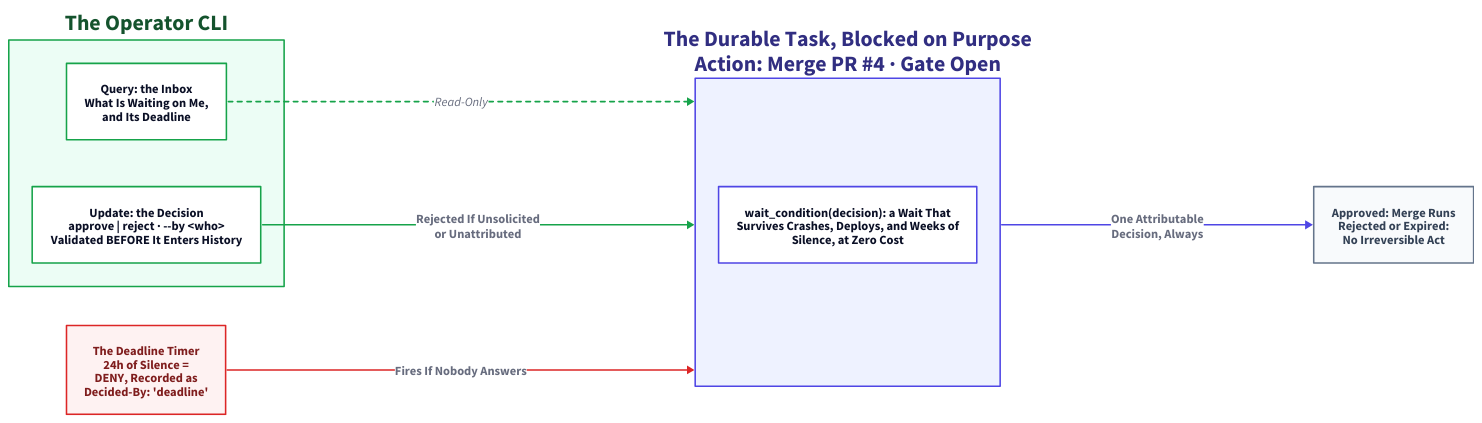
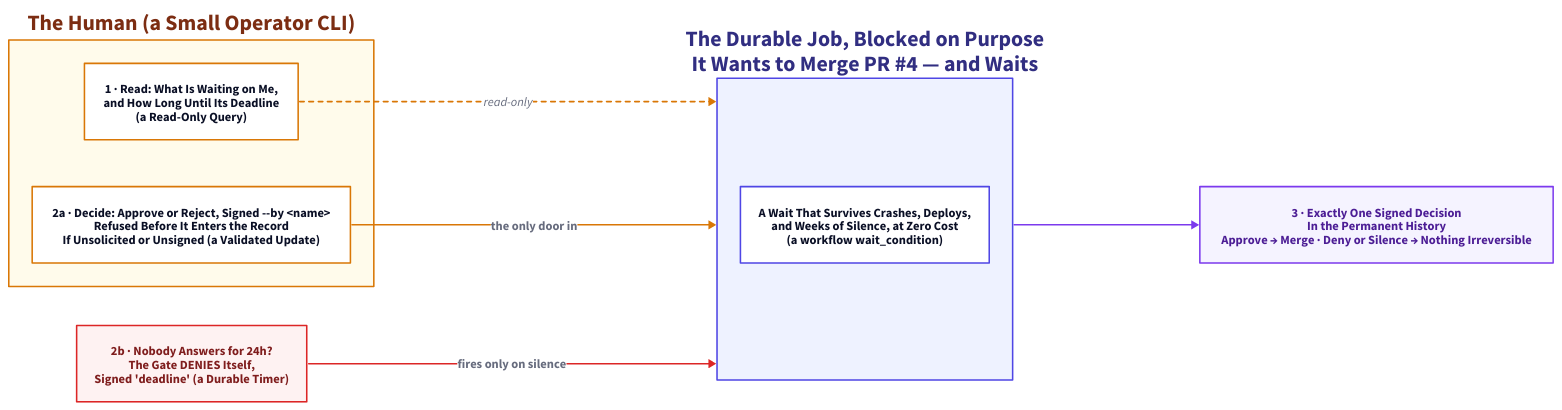
Before and after one commit to thumarrushik/crash-proof-team-of-coding-agents: the diagram in assets/diagram-src/human-gate.d2, drawn with D2. The commit also changed 45 other files, not shown here.

```diff
--- a/assets/diagram-src/human-gate.d2
+++ b/assets/diagram-src/human-gate.d2
@@ -1,35 +1,34 @@
-# The human gate: the workflow blocks on a validated decision with a deadline.
-# Query = the inbox; update + validator = the decision (rejected before history
-# if unsolicited or unattributed); timer = the deny-safe deadline.
+# The human gate, human-first: either a name or the clock decides,
+# and both leave exactly one signed decision in the permanent record.
 direction: right
 horizontal-gap: 110
 
-wf: "The Durable Task, Blocked on Purpose\nAction: Merge PR #4 · Gate Open" {
+wf: "The Durable Job, Blocked on Purpose\nIt Wants to Merge PR #4 — and Waits" {
   style: {fill: "#eef2ff"; stroke: "#4f46e5"; font-color: "#312e81"; bold: true}
-  wait: "wait_condition(decision): a Wait That\nSurvives Crashes, Deploys, and Weeks of\nSilence, at Zero Cost" {
+  wait: "A Wait That Survives Crashes, Deploys,\nand Weeks of Silence, at Zero Cost\n(a workflow wait_condition)" {
     style: {fill: "#ffffff"; stroke: "#4f46e5"}
   }
 }
 
-human: "The Operator CLI" {
-  style: {fill: "#ecfdf5"; stroke: "#16a34a"; font-color: "#14532d"; bold: true}
-  inbox: "Query: the Inbox\nWhat Is Waiting on Me,\nand Its Deadline" {
-    style: {fill: "#ffffff"; stroke: "#16a34a"}
+human: "The Human (a Small Operator CLI)" {
+  style: {fill: "#fffbeb"; stroke: "#d97706"; font-color: "#7c2d12"; bold: true}
+  inbox: "1 · Read: What Is Waiting on Me,\nand How Long Until Its Deadline\n(a Read-Only Query)" {
+    style: {fill: "#ffffff"; stroke: "#d97706"}
   }
-  decide: "Update: the Decision\napprove | reject · --by <who>\nValidated BEFORE It Enters History" {
-    style: {fill: "#ffffff"; stroke: "#16a34a"}
+  decide: "2a · Decide: Approve or Reject, Signed --by <name>\nRefused Before It Enters the Record\nIf Unsolicited or Unsigned (a Validated Update)" {
+    style: {fill: "#ffffff"; stroke: "#d97706"}
   }
 }
 
-deadline: "The Deadline Timer\n24h of Silence =\nDENY, Recorded as\nDecided-By: 'deadline'" {
+deadline: "2b · Nobody Answers for 24h?\nThe Gate DENIES Itself,\nSigned 'deadline' (a Durable Timer)" {
   style: {fill: "#fef2f2"; stroke: "#dc2626"; font-color: "#7f1d1d"; bold: true}
 }
 
-outcome: "Approved: Merge Runs\nRejected or Expired:\nNo Irreversible Act" {
-  style: {fill: "#f8fafc"; stroke: "#64748b"; font-color: "#334155"; bold: true}
+outcome: "3 · Exactly One Signed Decision\nIn the Permanent History\nApprove → Merge · Deny or Silence → Nothing Irreversible" {
+  style: {fill: "#f5f3ff"; stroke: "#7c3aed"; font-color: "#4c1d95"; bold: true}
 }
 
-human.inbox -> wf: "Read-Only" {style: {stroke-dash: 3; stroke: "#16a34a"}}
-human.decide -> wf: "Rejected If Unsolicited\nor Unattributed" {style: {stroke: "#16a34a"; bold: true}}
-deadline -> wf: "Fires If Nobody Answers" {style: {stroke: "#dc2626"; bold: true}}
-wf -> outcome: "One Attributable\nDecision, Always" {style: {stroke: "#4f46e5"; bold: true}}
+human.inbox -> wf: "read-only" {style: {stroke-dash: 3; stroke: "#d97706"}}
+human.decide -> wf: "the only door in" {style: {stroke: "#d97706"; bold: true}}
+deadline -> wf: "fires only on silence" {style: {stroke: "#dc2626"; bold: true}}
+wf -> outcome: "" {style: {stroke: "#7c3aed"; bold: true}}
```
